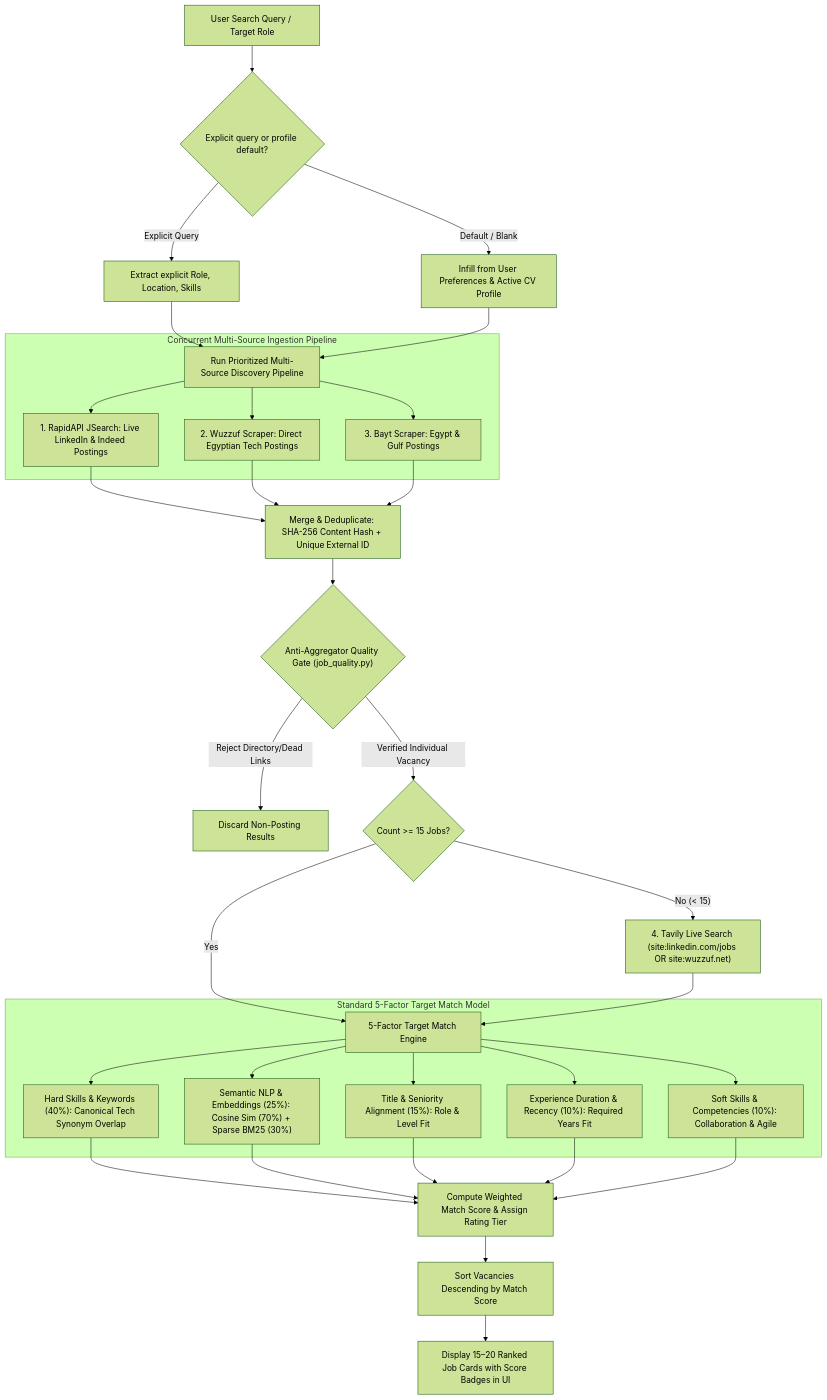
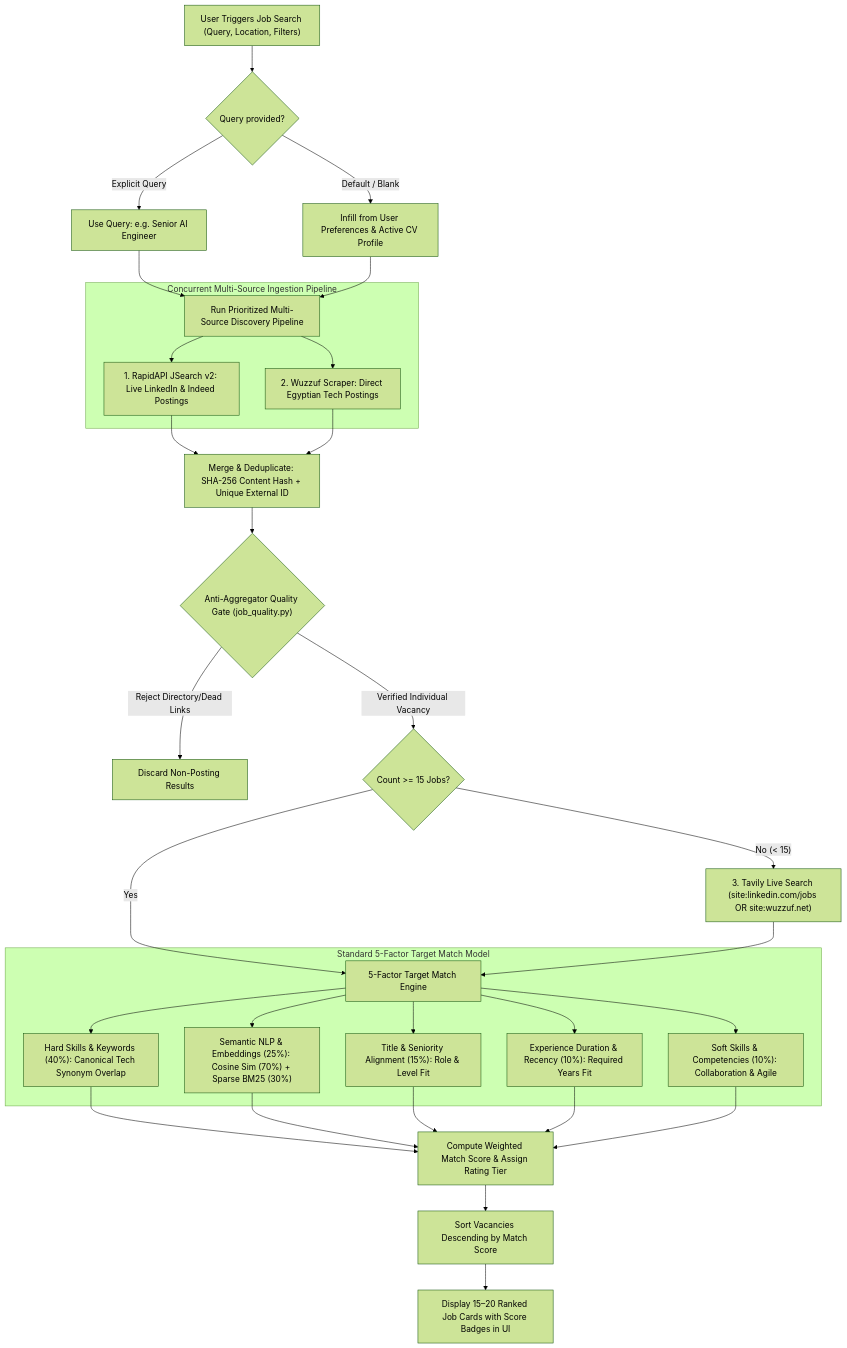
One commit to Mostafa710/career-copilot changed the fourth of 8 diagrams in docs/architecture_flowcharts.md. Above: the diagram before and after it, drawn with Mermaid (forest theme). The commit also changed other lines of this file and 4 other files, not shown here.

Commit message:
docs: update README, architecture flowcharts, schema, and implementation plan to reflect multi-key Groq, JSearch v2, and latest features

````diff
--- a/docs/architecture_flowcharts.md
+++ b/docs/architecture_flowcharts.md
@@ -115,36 +118,35 @@
 ```mermaid
 flowchart TD
-    UserQuery["User Search Query / Target Role"] --> CheckInput{"Explicit query or profile default?"}
+    SearchReq["User Triggers Job Search (Query, Location, Filters)"] --> CheckInput{"Query provided?"}
     
-    CheckInput -->|Explicit Query| UseExplicit["Extract explicit Role, Location, Skills"]
+    CheckInput -->|Explicit Query| UseExplicit["Use Query: e.g. Senior AI Engineer"]
     CheckInput -->|Default / Blank| Infill["Infill from User Preferences & Active CV Profile"]
     
     UseExplicit & Infill --> RunConcurrent["Run Prioritized Multi-Source Discovery Pipeline"]
     
     subgraph MENAPipeline ["Concurrent Multi-Source Ingestion Pipeline"]
-        RunConcurrent --> JSearch["1. RapidAPI JSearch: Live LinkedIn & Indeed Postings"]
+        RunConcurrent --> JSearch["1. RapidAPI JSearch v2: Live LinkedIn & Indeed Postings"]
         RunConcurrent --> Wuzzuf["2. Wuzzuf Scraper: Direct Egyptian Tech Postings"]
-        RunConcurrent --> Bayt["3. Bayt Scraper: Egypt & Gulf Postings"]
     end
     
-    JSearch & Wuzzuf & Bayt --> Merge["Merge & Deduplicate: SHA-256 Content Hash + Unique External ID"]
+    JSearch & Wuzzuf --> Merge["Merge & Deduplicate: SHA-256 Content Hash + Unique External ID"]
     
     Merge --> QualGate{"Anti-Aggregator Quality Gate (job_quality.py)"}
     QualGate -->|Reject Directory/Dead Links| Discard["Discard Non-Posting Results"]
     QualGate -->|Verified Individual Vacancy| CheckCount{"Count >= 15 Jobs?"}
     
     CheckCount -->|Yes| MatchPipeline["5-Factor Target Match Engine"]
-    CheckCount -->|"No (< 15)"| TavilyFallback["4. Tavily Live Search (site:linkedin.com/jobs OR site:wuzzuf.net)"] --> MatchPipeline
+    CheckCount -->|"No (< 15)"| TavilyFallback["3. Tavily Live Search (site:linkedin.com/jobs OR site:wuzzuf.net)"] --> MatchPipeline
     
     subgraph Standard5Factor ["Standard 5-Factor Target Match Model"]
         MatchPipeline --> F1["Hard Skills & Keywords (40%): Canonical Tech Synonym Overlap"]
         MatchPipeline --> F2["Semantic NLP & Embeddings (25%): Cosine Sim (70%) + Sparse BM25 (30%)"]
         MatchPipeline --> F3["Title & Seniority Alignment (15%): Role & Level Fit"]
         MatchPipeline --> F4["Experience Duration & Recency (10%): Required Years Fit"]
         MatchPipeline --> F5["Soft Skills & Competencies (10%): Collaboration & Agile"]
     end
     
     F1 & F2 & F3 & F4 & F5 --> WeightedRank["Compute Weighted Match Score & Assign Rating Tier"]
     WeightedRank --> SortDesc["Sort Vacancies Descending by Match Score"]
     SortDesc --> ReturnRanked["Display 15–20 Ranked Job Cards with Score Badges in UI"]
 ```
````
